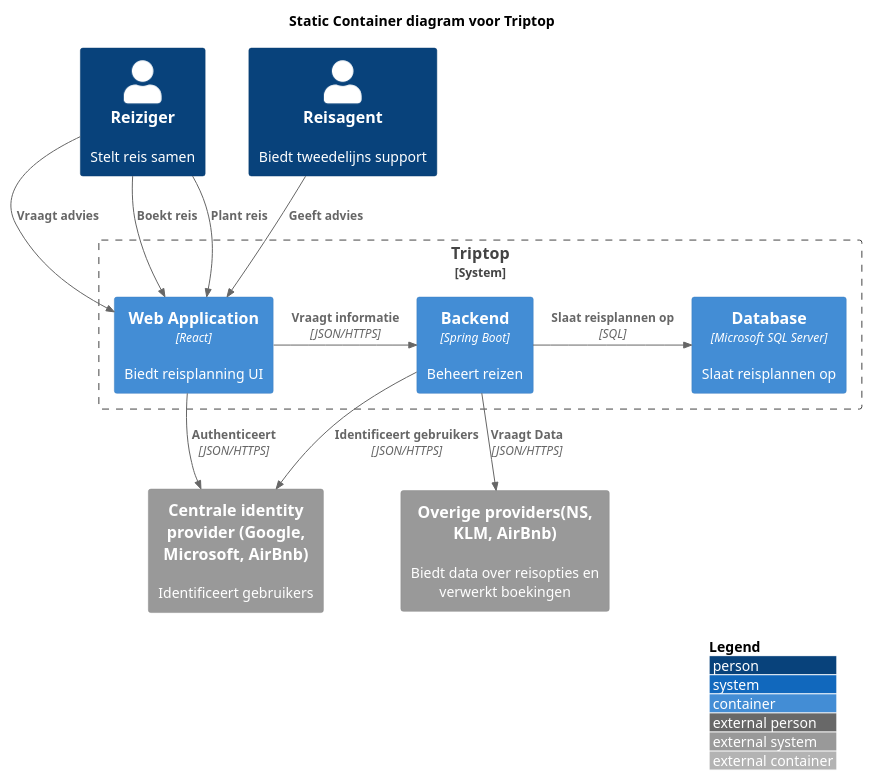
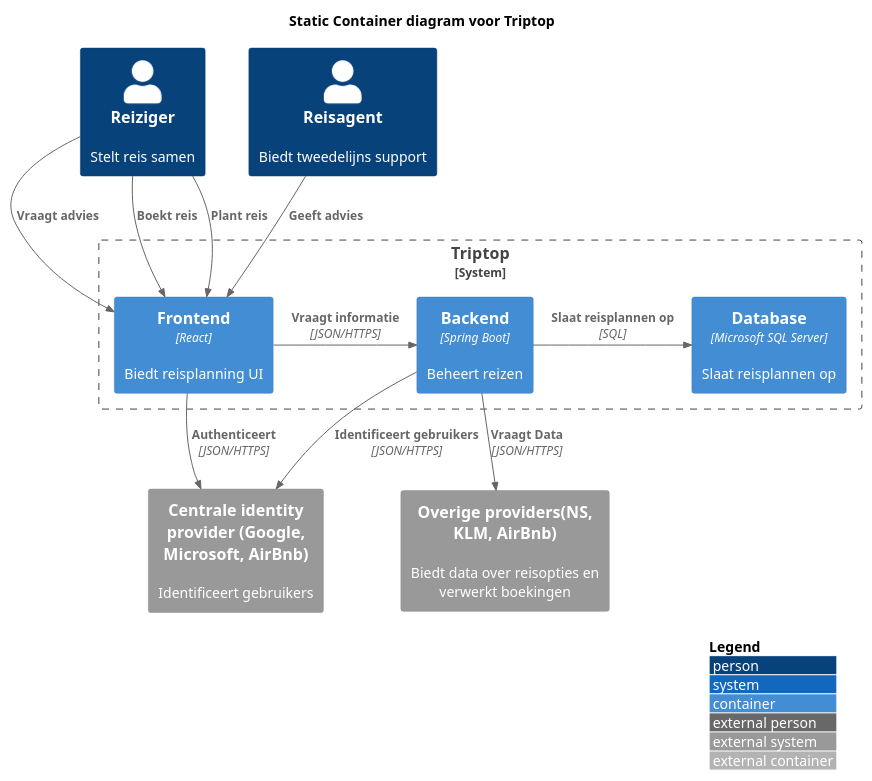
Before and after one commit to AIM-ENE-feb25/triptop-groep-tweeeeeeeeeeeeeeeeeeeeee: the diagram in c4 container diagram.puml, drawn with PlantUML. The commit also changed 16 other files, not shown here.

```diff
--- a/c4 container diagram.puml
+++ b/c4 container diagram.puml
@@ -1,32 +1,32 @@
 @startuml "Triptop Dynamic Container Diagram"
 
 !include https://raw.githubusercontent.com/plantuml-stdlib/C4-PlantUML/master/C4_Container.puml
 
 title Static Container diagram voor Triptop
 
 Person(reiziger, "Reiziger", "Stelt reis samen")
 Person(reisagent, "Reisagent", "Biedt tweedelijns support")
 
 System_Boundary(triptop_system, "Triptop") {
-  Container(frontend, "Web Application", "React", "Biedt reisplanning UI")
+  Container(frontend, "Frontend", "React", "Biedt reisplanning UI")
   Container(backend, "Backend", "Spring Boot", "Beheert reizen")
   Container(db, "Database", "Microsoft SQL Server", "Slaat reisplannen op")
 }
 
 System_Ext(centrale_identity_provider, "Centrale identity provider (Google, Microsoft, AirBnb)", "Identificeert gebruikers")
 System_Ext(overige_providers, "Overige providers(NS, KLM, AirBnb)", "Biedt data over reisopties en verwerkt boekingen")
 
 Rel_D(reiziger, frontend, "Plant reis")
 Rel_L(frontend, backend, "Vraagt informatie", "JSON/HTTPS")
 Rel_R(backend, db, "Slaat reisplannen op", "SQL")
 Rel_D(reiziger, frontend, "Vraagt advies")
 Rel_D(reisagent, frontend, "Geeft advies")
 Rel_D(reiziger, frontend, "Boekt reis")
 
 Rel_D(frontend, centrale_identity_provider, "Authenticeert", "JSON/HTTPS")
 Rel_D(backend, centrale_identity_provider, "Identificeert gebruikers", "JSON/HTTPS")
 Rel_D(backend, overige_providers, "Vraagt Data", "JSON/HTTPS")
 
 LAYOUT_WITH_LEGEND()
 
 @enduml
```
